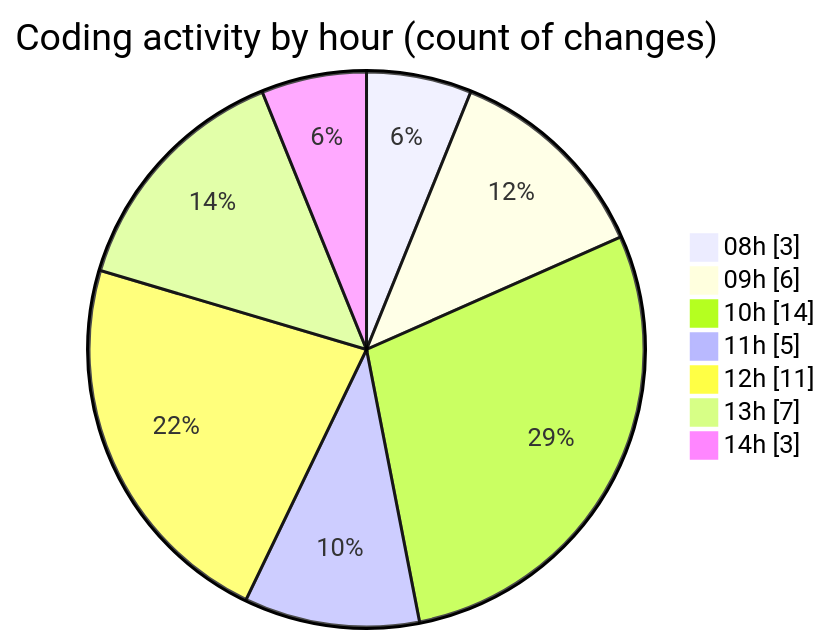
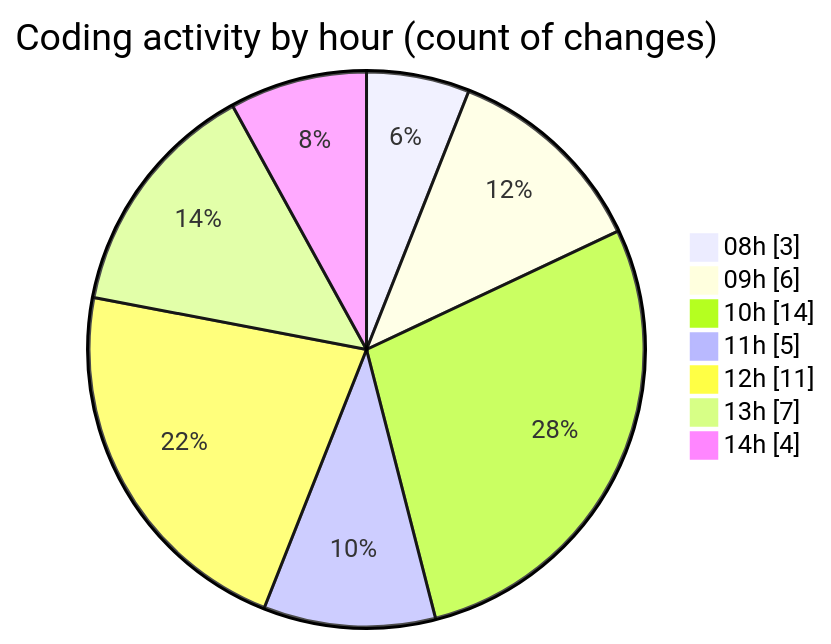
One commit to BS-eng2023/code-tracking changed the second of 2 diagrams in 2025-04-01/jsvms/README.md. Above: the diagram before and after it, drawn with Mermaid. The commit also changed other lines of this file and 1 other file, not shown here.

````diff
--- a/2025-04-01/jsvms/README.md
+++ b/2025-04-01/jsvms/README.md
@@ -45,11 +45,11 @@
 ```mermaid
 pie showData
 title Coding activity by hour (count of changes)
 "08h" : 3
 "09h" : 6
 "10h" : 14
 "11h" : 5
 "12h" : 11
 "13h" : 7
-"14h" : 3
+"14h" : 4
 ```
````
